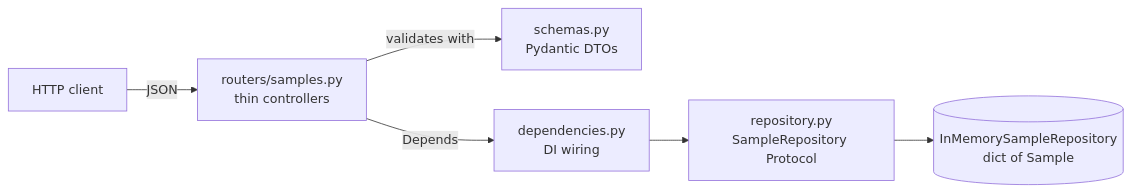
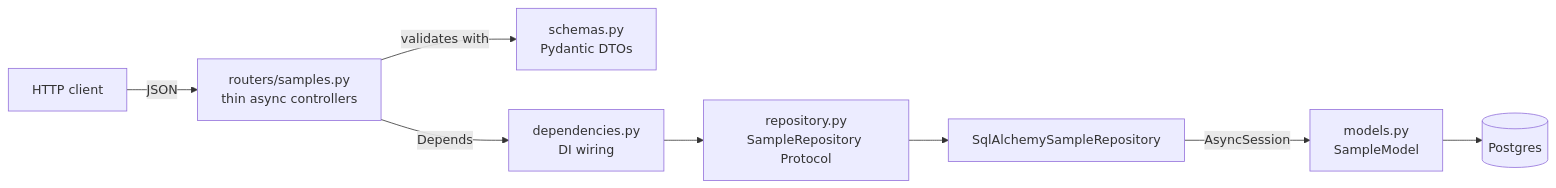
The first of 3 diagrams in ARCHITECTURE.md (SVZhuk/SciInf_training), drawn with Mermaid before and after one commit. The commit also changed other lines of this file and 24 other files, not shown here.

````diff
--- a/ARCHITECTURE.md
+++ b/ARCHITECTURE.md
@@ -23,8 +26,10 @@
 ```mermaid
 flowchart LR
-    C[HTTP client] -->|JSON| R["routers/samples.py<br/>thin controllers"]
+    C[HTTP client] -->|JSON| R["routers/samples.py<br/>thin async controllers"]
     R -->|validates with| S["schemas.py<br/>Pydantic DTOs"]
     R -->|Depends| D["dependencies.py<br/>DI wiring"]
     D --> P["repository.py<br/>SampleRepository Protocol"]
-    P --> M[(InMemorySampleRepository<br/>dict of Sample)]
+    P --> SA["SqlAlchemySampleRepository"]
+    SA -->|AsyncSession| MD["models.py<br/>SampleModel"]
+    MD --> PG[(Postgres)]
 ```
````
